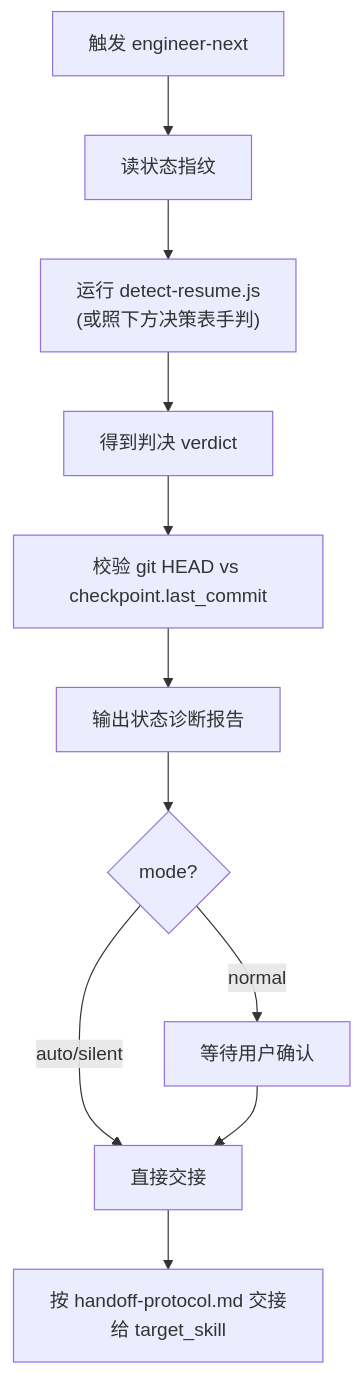
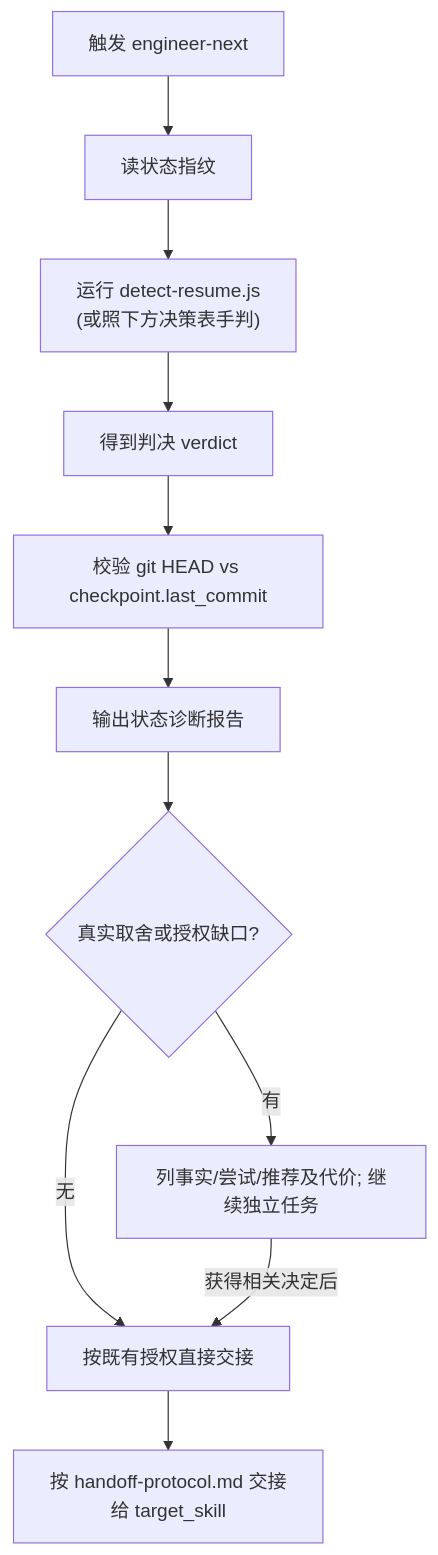
The diagram in skills/engineer-next/SKILL.md (iannil/skills), drawn with Mermaid before and after one commit. The commit also changed other lines of this file and 20 other files, not shown here.

````diff
--- a/skills/engineer-next/SKILL.md
+++ b/skills/engineer-next/SKILL.md
@@ -87,13 +87,13 @@
 ```mermaid
 graph TD
     A["触发 engineer-next"] --> B["读状态指纹"]
     B --> C["运行 detect-resume.js<br/>(或照下方决策表手判)"]
     C --> D["得到判决 verdict"]
     D --> E["校验 git HEAD vs checkpoint.last_commit"]
     E --> F["输出状态诊断报告"]
-    F --> G{"mode?"}
-    G -->|normal| H["等待用户确认"]
-    G -->|auto/silent| I["直接交接"]
-    H --> I
+    F --> G{"真实取舍或授权缺口?"}
+    G -->|有| H["列事实/尝试/推荐及代价; 继续独立任务"]
+    G -->|无| I["按既有授权直接交接"]
+    H -->|获得相关决定后| I
     I --> J["按 handoff-protocol.md 交接给 target_skill"]
 ```
````
